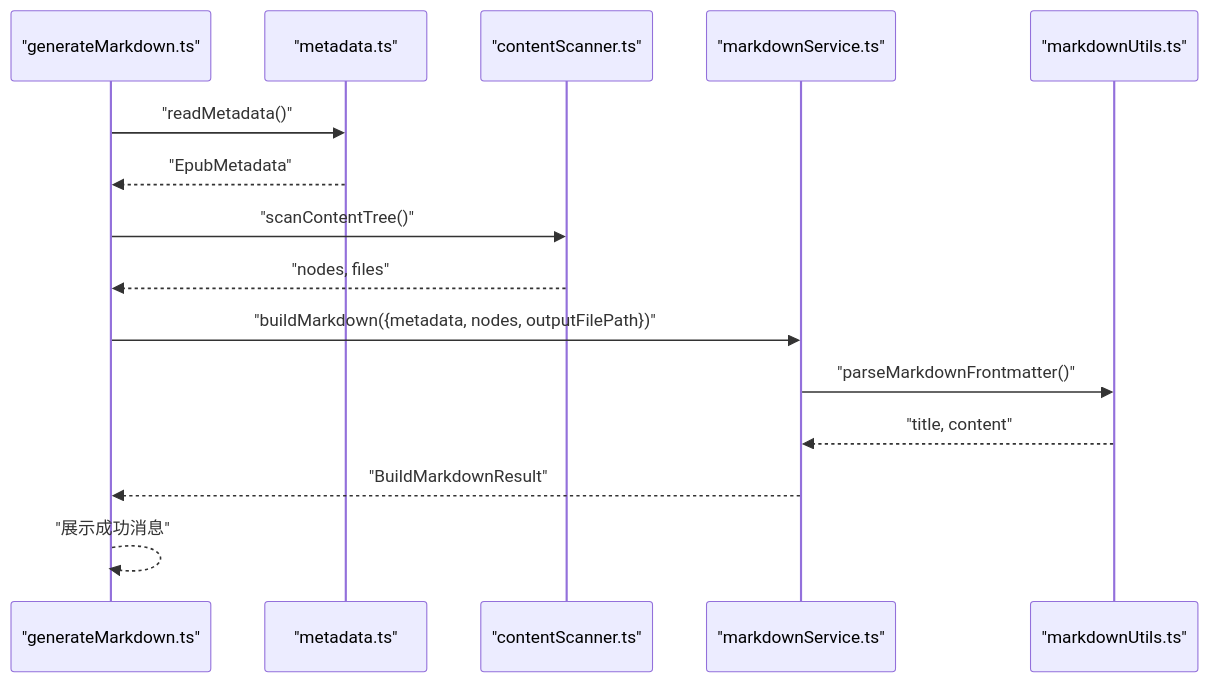
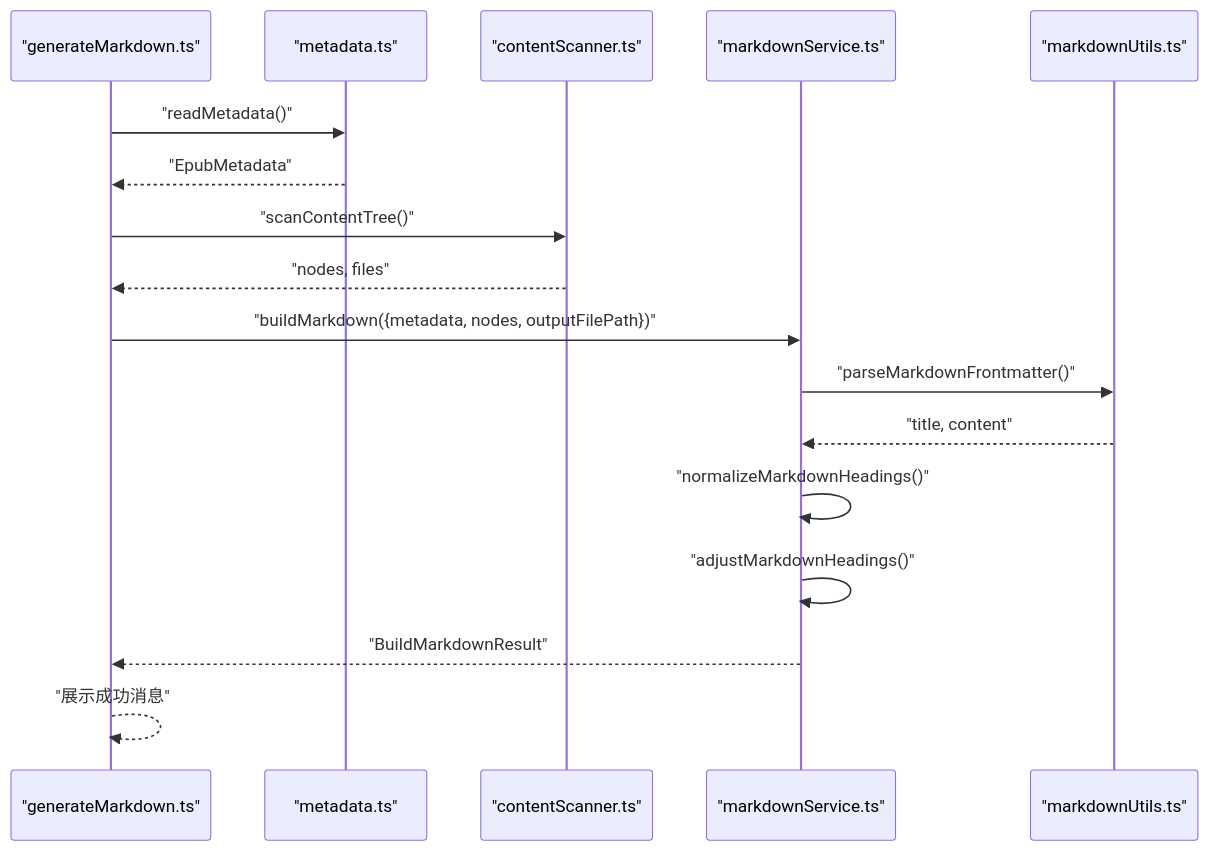
One commit to someok/vscode-folder2epub changed the sixth of 10 diagrams in .qoder/repowiki/zh/content/技术架构详解/技术架构详解.md. Above: the diagram before and after it, drawn with Mermaid. The commit also changed other lines of this file and 6 other files, not shown here.

````diff
--- a/.qoder/repowiki/zh/content/技术架构详解/技术架构详解.md
+++ b/.qoder/repowiki/zh/content/技术架构详解/技术架构详解.md
@@ -348,17 +352,19 @@
 ```mermaid
 sequenceDiagram
 participant CMD as "generateMarkdown.ts"
 participant META as "metadata.ts"
 participant CS as "contentScanner.ts"
 participant MS as "markdownService.ts"
 participant MU as "markdownUtils.ts"
 CMD->>META : "readMetadata()"
 META-->>CMD : "EpubMetadata"
 CMD->>CS : "scanContentTree()"
 CS-->>CMD : "nodes, files"
 CMD->>MS : "buildMarkdown({metadata, nodes, outputFilePath})"
 MS->>MU : "parseMarkdownFrontmatter()"
 MU-->>MS : "title, content"
+MS->>MS : "normalizeMarkdownHeadings()"
+MS->>MS : "adjustMarkdownHeadings()"
 MS-->>CMD : "BuildMarkdownResult"
 CMD-->>CMD : "展示成功消息"
 ```
````
